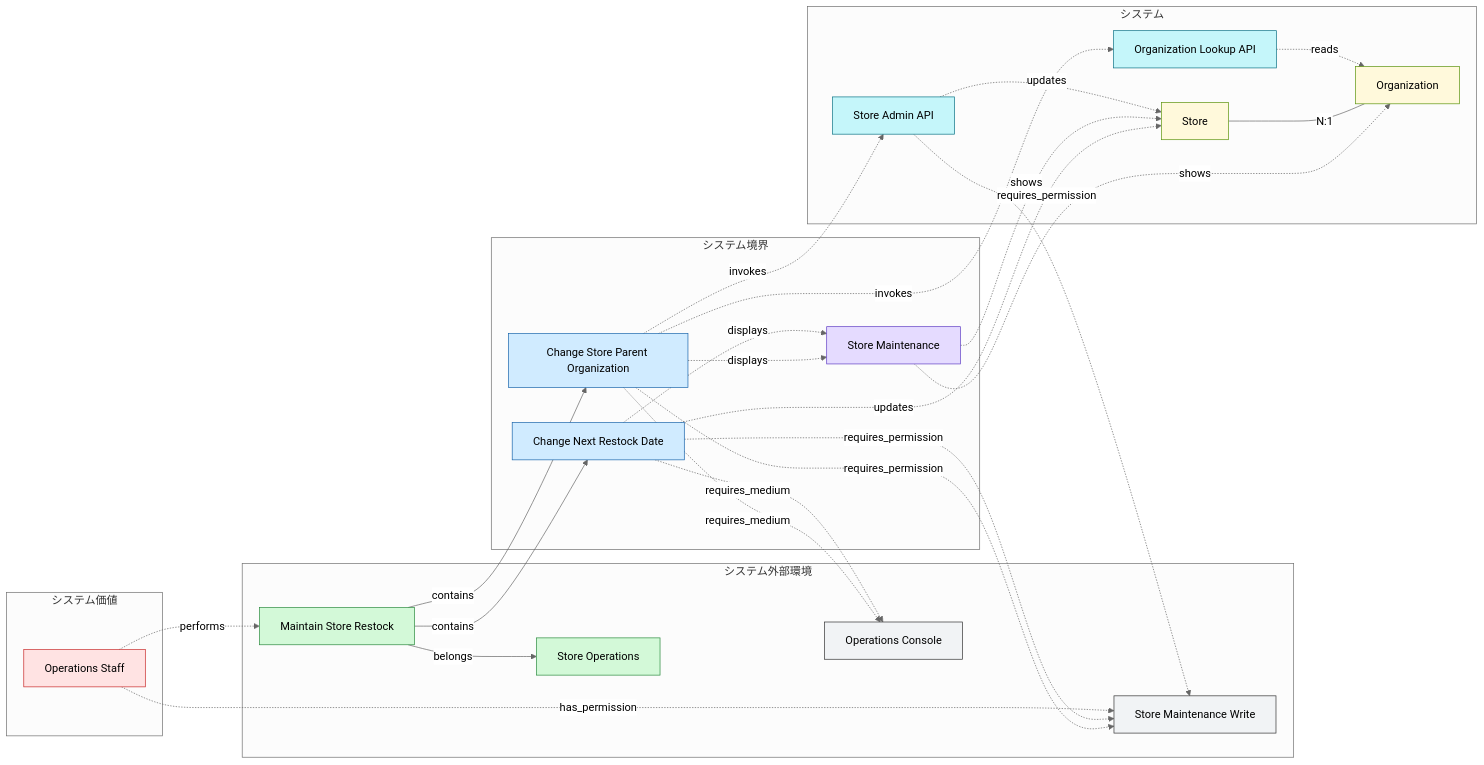
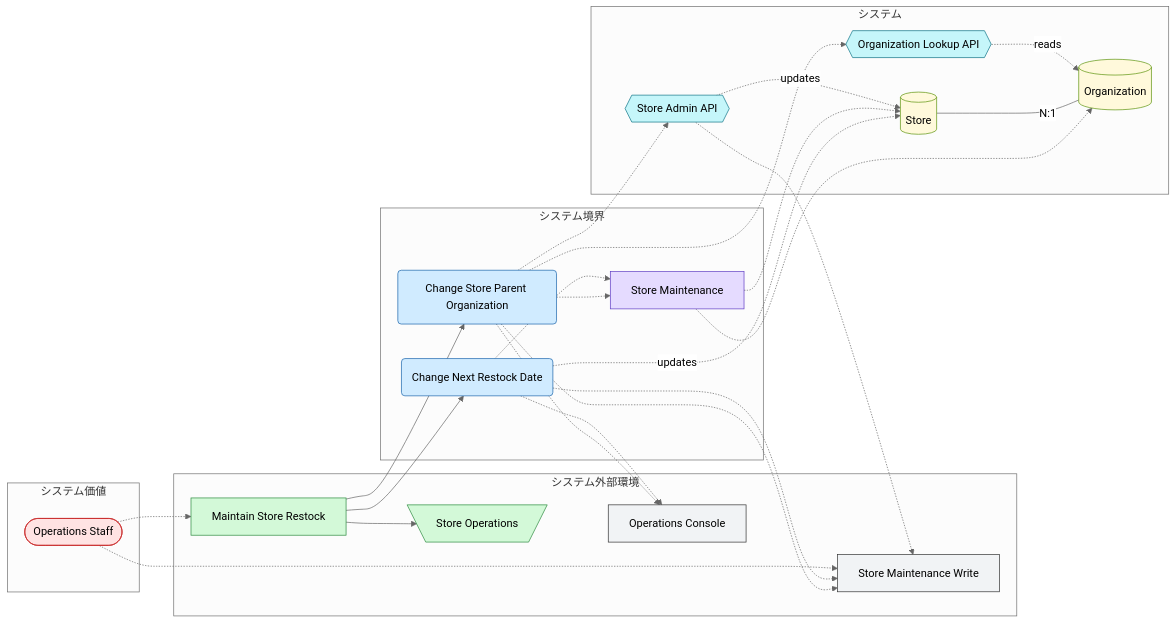
One commit to manji-0/rdra-ish-dsl changed the diagram in samples/incremental-order/step-4-entity-structure/out/object_graph_buc_store_restock.mmd. Above: the diagram before and after it, drawn with Mermaid (neutral theme). The commit also changed 95 other files, not shown here.

```diff
--- a/samples/incremental-order/step-4-entity-structure/out/object_graph_buc_store_restock.mmd
+++ b/samples/incremental-order/step-4-entity-structure/out/object_graph_buc_store_restock.mmd
@@ -1,56 +1,56 @@
 %% rdra-ish diagram=rdra scope=buc:BucStoreRestock model=samples/incremental-order/step-4-entity-structure/src
 %% layers: value=システム価値 environment=システム外部環境 boundary=システム境界 system=システム
 %% kinds: actor business buc medium permission usecase screen api entity
 %% omitted: (none)
 flowchart LR
   subgraph layer_value["システム価値"]
-    actor__OpsStaff["Operations Staff"]:::actor
+    actor__OpsStaff(["Operations Staff"]):::actor
   end
   subgraph layer_environment["システム外部環境"]
-    business__StoreOperations["Store Operations"]:::business
+    business__StoreOperations[\"Store Operations"/]:::business
     %% desc business__StoreOperations: Store operations owns restock planning and store master maintenance.
     buc__BucStoreRestock["Maintain Store Restock"]:::buc
     %% desc buc__BucStoreRestock: Keep restock dates and store organization assignments operationally correct.
     medium__OpsConsole["Operations Console"]:::medium
     permission__StoreMaintenanceWrite["Store Maintenance Write"]:::permission
   end
   subgraph layer_boundary["システム境界"]
-    usecase__ChangeNextRestockDate["Change Next Restock Date"]:::usecase
-    usecase__ChangeStoreParentOrganization["Change Store Parent Organization"]:::usecase
+    usecase__ChangeNextRestockDate("Change Next Restock Date"):::usecase
+    usecase__ChangeStoreParentOrganization("Change Store Parent Organization"):::usecase
     screen__StoreMaintenanceScreen["Store Maintenance"]:::screen
   end
   subgraph layer_system["システム"]
-    api__OrganizationLookupApi["Organization Lookup API"]:::api
-    api__StoreAdminApi["Store Admin API"]:::api
-    entity__Organization["Organization"]:::entity
-    entity__Store["Store"]:::entity
+    api__OrganizationLookupApi{{"Organization Lookup API"}}:::api
+    api__StoreAdminApi{{"Store Admin API"}}:::api
+    entity__Organization[("Organization")]:::entity
+    entity__Store[("Store")]:::entity
   end
-  actor__OpsStaff -.->|has_permission| permission__StoreMaintenanceWrite
-  actor__OpsStaff -.->|performs| buc__BucStoreRestock
+  actor__OpsStaff -.-> permission__StoreMaintenanceWrite
+  actor__OpsStaff -.-> buc__BucStoreRestock
   api__OrganizationLookupApi -.->|reads| entity__Organization
-  api__StoreAdminApi -.->|requires_permission| permission__StoreMaintenanceWrite
+  api__StoreAdminApi -.-> permission__StoreMaintenanceWrite
   api__StoreAdminApi -.->|updates| entity__Store
-  buc__BucStoreRestock -->|belongs| business__StoreOperations
-  buc__BucStoreRestock -->|contains| usecase__ChangeNextRestockDate
-  buc__BucStoreRestock -->|contains| usecase__ChangeStoreParentOrganization
+  buc__BucStoreRestock --> business__StoreOperations
+  buc__BucStoreRestock --> usecase__ChangeNextRestockDate
+  buc__BucStoreRestock --> usecase__ChangeStoreParentOrganization
   entity__Store ---|N:1| entity__Organization
-  screen__StoreMaintenanceScreen -.->|shows| entity__Organization
-  screen__StoreMaintenanceScreen -.->|shows| entity__Store
-  usecase__ChangeNextRestockDate -.->|displays| screen__StoreMaintenanceScreen
-  usecase__ChangeNextRestockDate -.->|requires_medium| medium__OpsConsole
-  usecase__ChangeNextRestockDate -.->|requires_permission| permission__StoreMaintenanceWrite
+  screen__StoreMaintenanceScreen -.-> entity__Organization
+  screen__StoreMaintenanceScreen -.-> entity__Store
+  usecase__ChangeNextRestockDate -.-> screen__StoreMaintenanceScreen
+  usecase__ChangeNextRestockDate -.-> medium__OpsConsole
+  usecase__ChangeNextRestockDate -.-> permission__StoreMaintenanceWrite
   usecase__ChangeNextRestockDate -.->|updates| entity__Store
-  usecase__ChangeStoreParentOrganization -.->|displays| screen__StoreMaintenanceScreen
-  usecase__ChangeStoreParentOrganization -.->|invokes| api__OrganizationLookupApi
-  usecase__ChangeStoreParentOrganization -.->|invokes| api__StoreAdminApi
-  usecase__ChangeStoreParentOrganization -.->|requires_medium| medium__OpsConsole
-  usecase__ChangeStoreParentOrganization -.->|requires_permission| permission__StoreMaintenanceWrite
+  usecase__ChangeStoreParentOrganization -.-> screen__StoreMaintenanceScreen
+  usecase__ChangeStoreParentOrganization -.-> api__OrganizationLookupApi
+  usecase__ChangeStoreParentOrganization -.-> api__StoreAdminApi
+  usecase__ChangeStoreParentOrganization -.-> medium__OpsConsole
+  usecase__ChangeStoreParentOrganization -.-> permission__StoreMaintenanceWrite
   classDef actor fill:#ffe3e3,stroke:#c92a2a,color:#000;
   classDef business fill:#d3f9d8,stroke:#2b8a3e,color:#000;
   classDef buc fill:#d3f9d8,stroke:#2b8a3e,color:#000;
   classDef medium fill:#f1f3f5,stroke:#333,color:#000;
   classDef permission fill:#f1f3f5,stroke:#333,color:#000;
   classDef usecase fill:#d0ebff,stroke:#1864ab,color:#000;
   classDef screen fill:#e5dbff,stroke:#5f3dc4,color:#000;
   classDef api fill:#c5f6fa,stroke:#0b7285,color:#000;
   classDef entity fill:#fff9db,stroke:#5c940d,color:#000;
```
